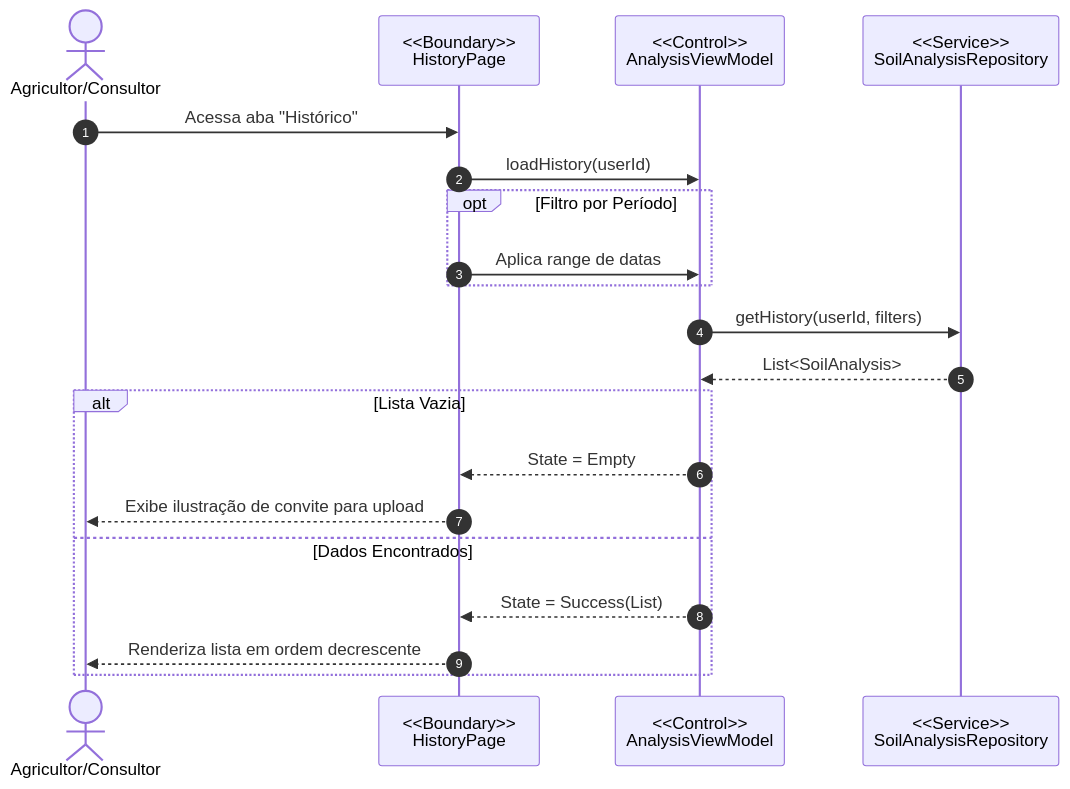
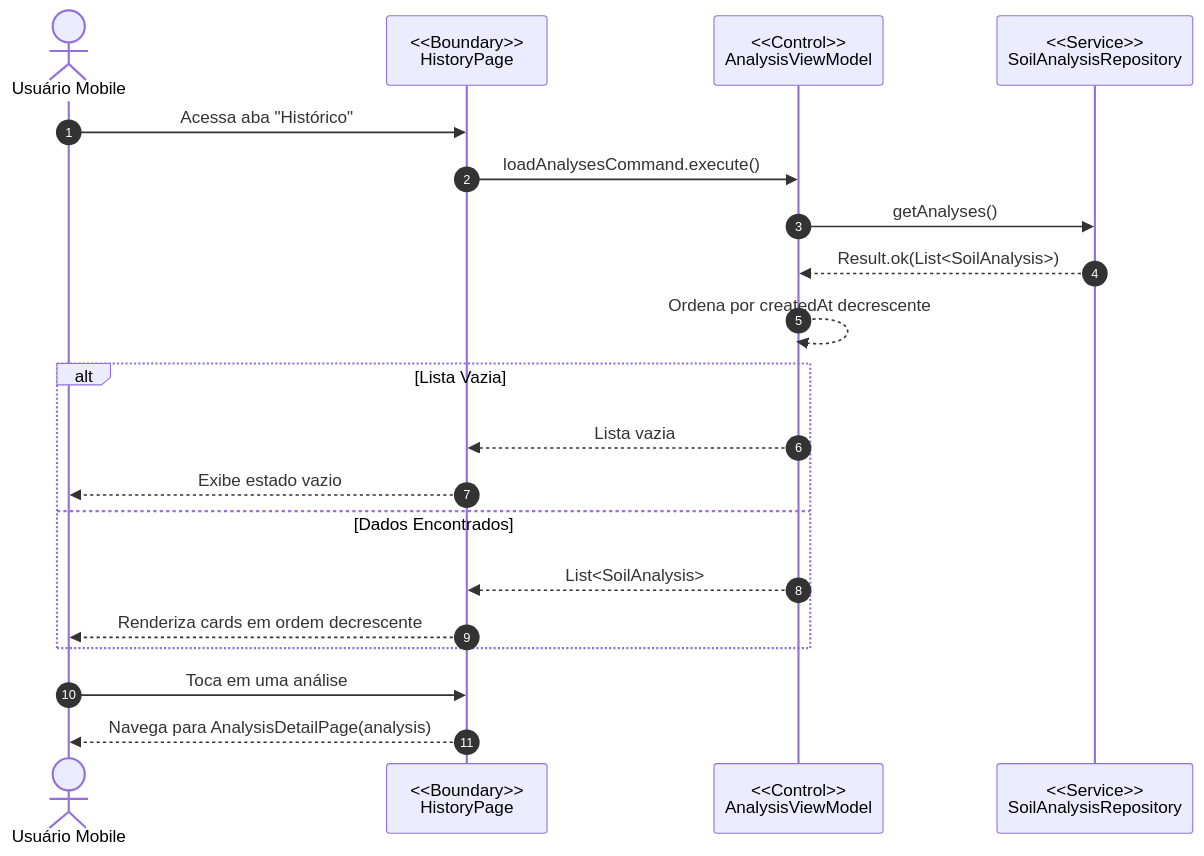
Before and after one commit to leandromesq/anasoil: the fourth of 7 diagrams in docs/documentacao_anasoil.md, drawn with Mermaid. The commit also changed other lines of this file and 1 other file, not shown here.

Commit message:
Revise docs architecture and delete CI workflow

````diff
--- a/docs/documentacao_anasoil.md
+++ b/docs/documentacao_anasoil.md
@@ -181,26 +452,25 @@
 ```mermaid
 sequenceDiagram
     autonumber
-    actor A as Agricultor/Consultor
+    actor A as Usuário Mobile
     participant UI as <<Boundary>><br>HistoryPage
     participant VM as <<Control>><br>AnalysisViewModel
     participant Repo as <<Service>><br>SoilAnalysisRepository
 
     A->>UI: Acessa aba "Histórico"
-    UI->>VM: loadHistory(userId)
+    UI->>VM: loadAnalysesCommand.execute()
+    VM->>Repo: getAnalyses()
+    Repo-->>VM: Result.ok(List<SoilAnalysis>)
+    VM-->>VM: Ordena por createdAt decrescente
     
-    opt Filtro por Período
-        UI->>VM: Aplica range de datas
+    alt Lista Vazia
+        VM-->>UI: Lista vazia
+        UI-->>A: Exibe estado vazio
+    else Dados Encontrados
+        VM-->>UI: List<SoilAnalysis>
+        UI-->>A: Renderiza cards em ordem decrescente
     end
 
-    VM->>Repo: getHistory(userId, filters)
-    Repo-->>VM: List<SoilAnalysis>
-    
-    alt Lista Vazia
-        VM-->>UI: State = Empty
-        UI-->>A: Exibe ilustração de convite para upload
-    else Dados Encontrados
-        VM-->>UI: State = Success(List)
-        UI-->>A: Renderiza lista em ordem decrescente
-    end
+    A->>UI: Toca em uma análise
+    UI-->>A: Navega para AnalysisDetailPage(analysis)
 ```
````
